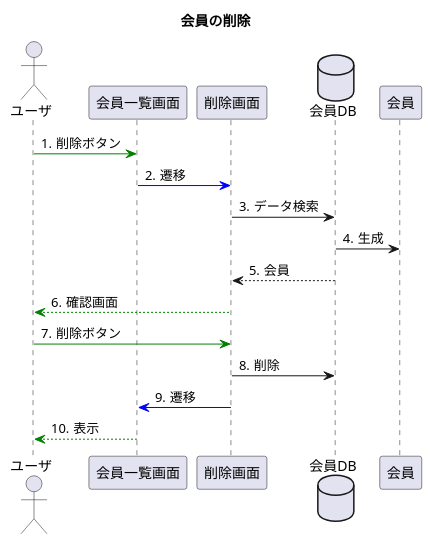
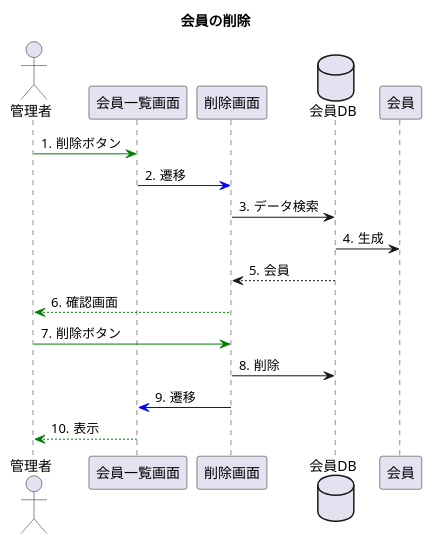
The diagram in uml/seq_del.pu (toufu66/ProjectC), drawn with PlantUML before and after one commit.

Commit message:
シーケンス図 ユーザ削除

```diff
--- a/uml/seq_del.pu
+++ b/uml/seq_del.pu
@@ -1,22 +1,22 @@
 @startuml
 title 会員の削除
 
 autonumber "#."
 
-actor ユーザ
+actor 管理者
 participant 会員一覧画面
 participant 削除画面
 database 会員DB
 participant 会員
 
-ユーザ -[#green]> 会員一覧画面:削除ボタン
+管理者 -[#green]> 会員一覧画面:削除ボタン
 会員一覧画面 -[#blue]> 削除画面:遷移
 削除画面 -> 会員DB:データ検索
 会員DB -> 会員:生成
 会員DB --> 削除画面:会員
-削除画面 --[#green]> ユーザ:確認画面
-ユーザ -[#green]> 削除画面:削除ボタン
+削除画面 --[#green]> 管理者:確認画面
+管理者 -[#green]> 削除画面:削除ボタン
 削除画面 -> 会員DB:削除
 削除画面 -[#blue]> 会員一覧画面:遷移
-会員一覧画面 --[#green]> ユーザ:表示
+会員一覧画面 --[#green]> 管理者:表示
 @enduml
```
